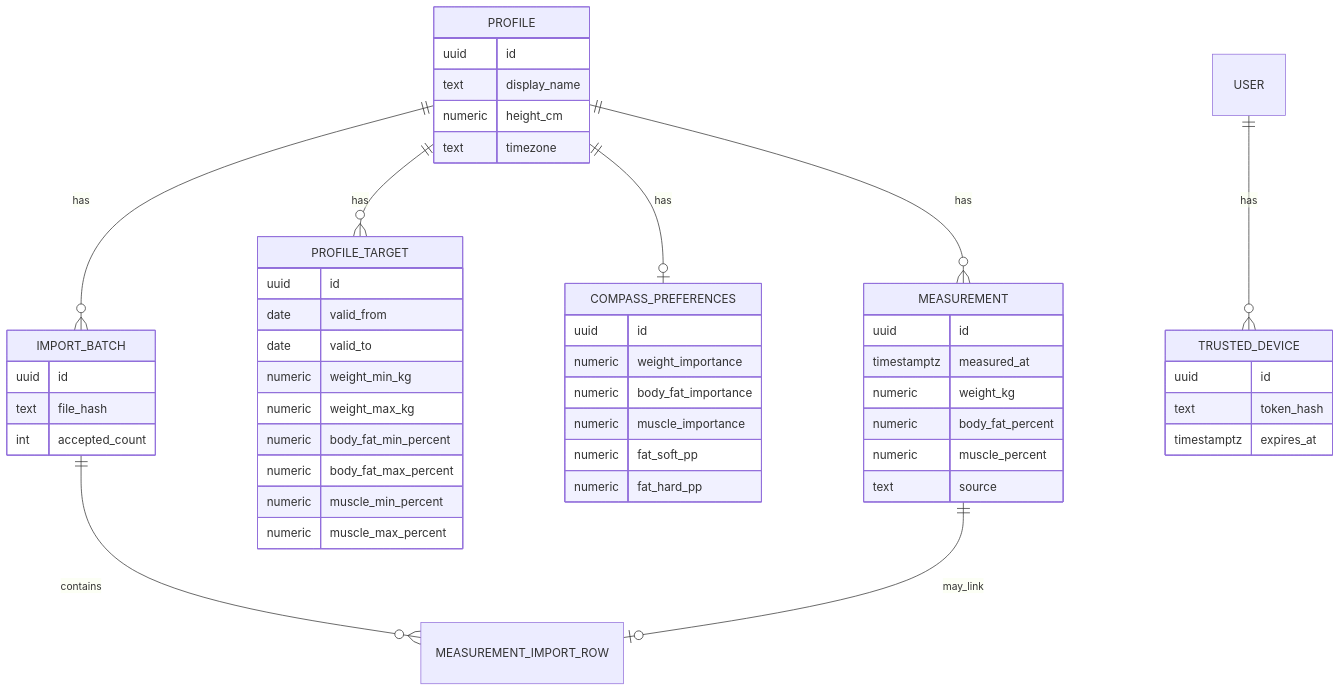
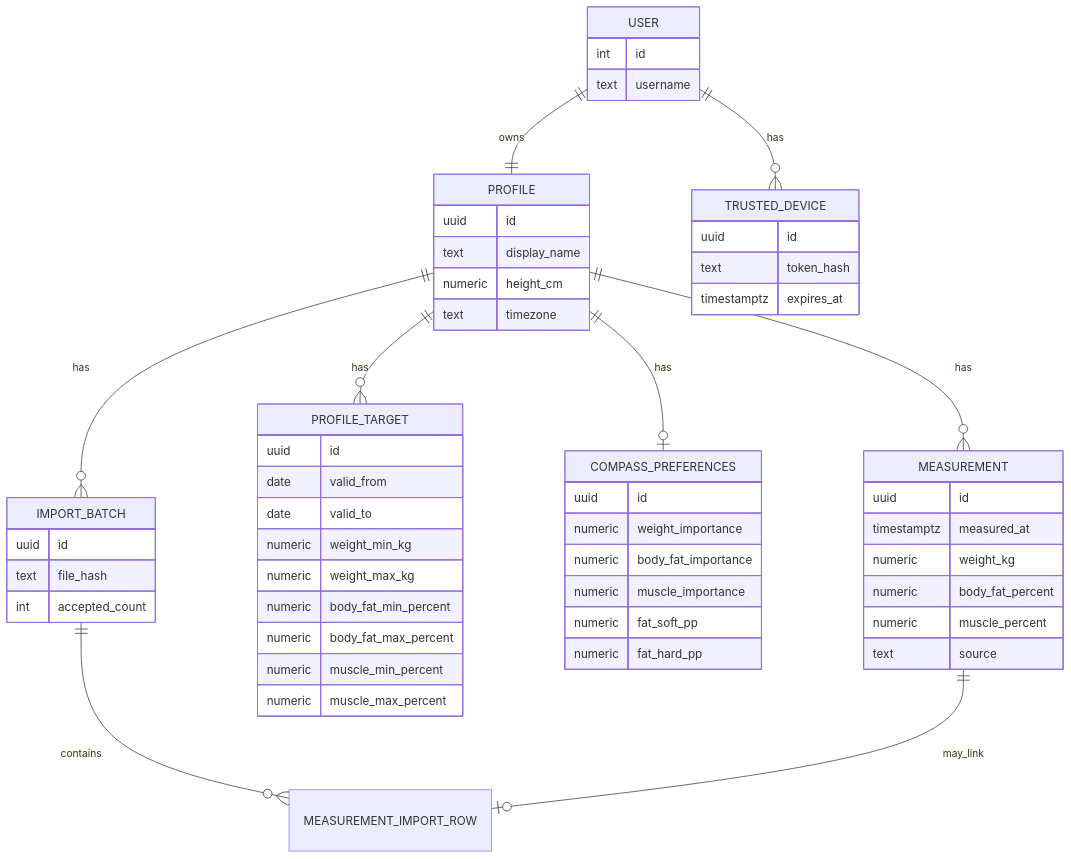
One commit to didac-crst/body-history changed the fifth of 5 diagrams in docs/architecture.md. Above: the diagram before and after it, drawn with Mermaid. The commit also changed other lines of this file and 41 other files, not shown here.

First line of the commit message:
Enforce one profile per user and harden auth UX.

````diff
--- a/docs/architecture.md
+++ b/docs/architecture.md
@@ -94,54 +109,59 @@
 ```mermaid
 erDiagram
+  USER ||--|| PROFILE : owns
+  USER ||--o{ TRUSTED_DEVICE : has
   PROFILE ||--o{ MEASUREMENT : has
   PROFILE ||--o{ PROFILE_TARGET : has
   PROFILE ||--o| COMPASS_PREFERENCES : has
   PROFILE ||--o{ IMPORT_BATCH : has
   IMPORT_BATCH ||--o{ MEASUREMENT_IMPORT_ROW : contains
   MEASUREMENT ||--o| MEASUREMENT_IMPORT_ROW : may_link
-  USER ||--o{ TRUSTED_DEVICE : has
 
+  USER {
+    int id
+    text username
+  }
   PROFILE {
     uuid id
     text display_name
     numeric height_cm
     text timezone
   }
   MEASUREMENT {
     uuid id
     timestamptz measured_at
     numeric weight_kg
     numeric body_fat_percent
     numeric muscle_percent
     text source
   }
   PROFILE_TARGET {
     uuid id
     date valid_from
     date valid_to
     numeric weight_min_kg
     numeric weight_max_kg
     numeric body_fat_min_percent
     numeric body_fat_max_percent
     numeric muscle_min_percent
     numeric muscle_max_percent
   }
   COMPASS_PREFERENCES {
     uuid id
     numeric weight_importance
     numeric body_fat_importance
     numeric muscle_importance
     numeric fat_soft_pp
     numeric fat_hard_pp
   }
   IMPORT_BATCH {
     uuid id
     text file_hash
     int accepted_count
   }
   TRUSTED_DEVICE {
     uuid id
     text token_hash
     timestamptz expires_at
   }
 ```
````
